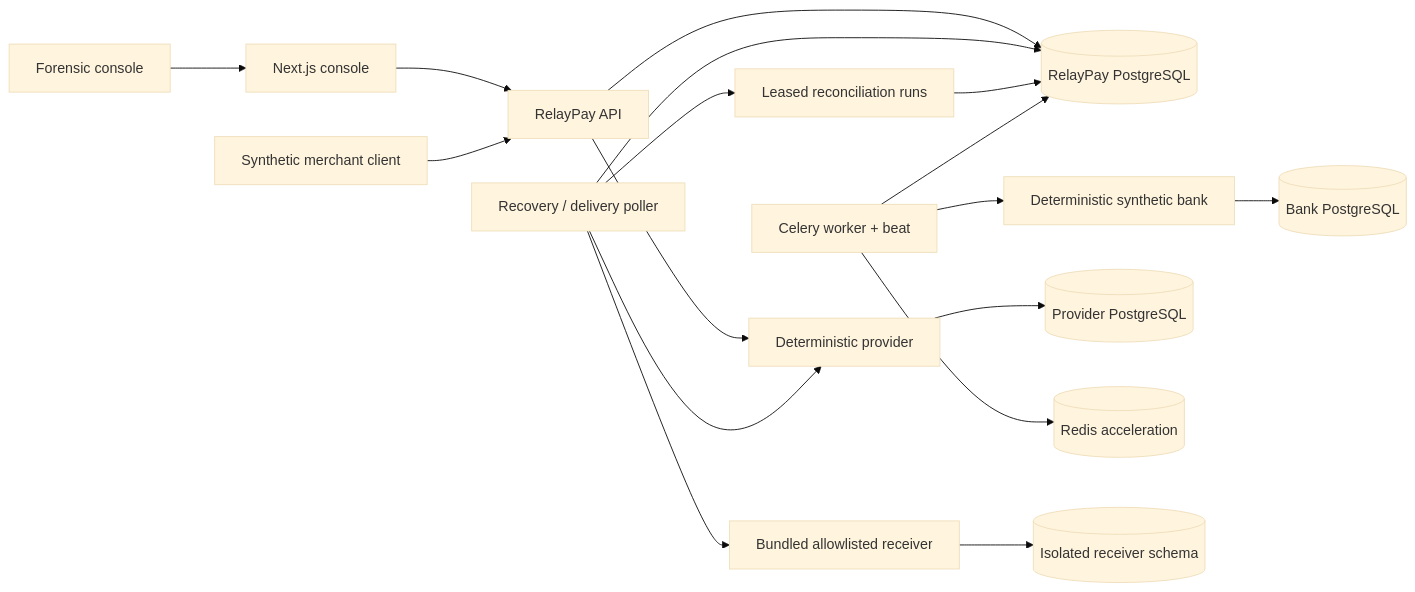
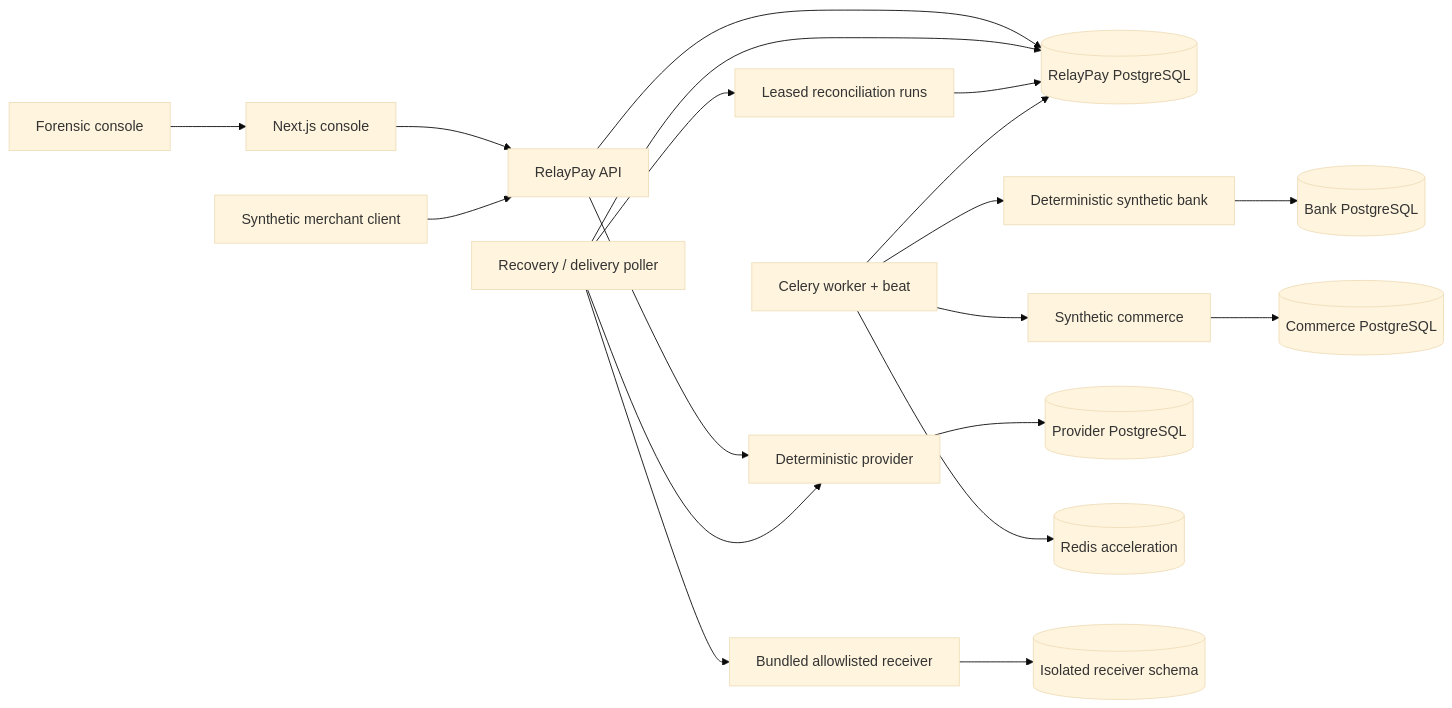
One commit to marsh15/relaypay changed the diagram in README.md. Above: the diagram before and after it, drawn with Mermaid (base theme). The commit also changed other lines of this file and 48 other files, not shown here.

````diff
--- a/README.md
+++ b/README.md
@@ -92,19 +98,21 @@
 ```mermaid
 flowchart LR
     Browser["Forensic console"] --> Console["Next.js console"]
     Console --> API["RelayPay API"]
     Merchant["Synthetic merchant client"] --> API
     API --> RelayDB[("RelayPay PostgreSQL")]
     API --> Provider["Deterministic provider"]
     Worker --> Bank["Deterministic synthetic bank"]
     Bank --> BankDB[("Bank PostgreSQL")]
+    Worker --> Commerce["Synthetic commerce"]
+    Commerce --> CommerceDB[("Commerce PostgreSQL")]
     Provider --> ProviderDB[("Provider PostgreSQL")]
     Poller["Recovery / delivery poller"] --> RelayDB
     Poller --> Reconcile["Leased reconciliation runs"]
     Reconcile --> RelayDB
     Poller --> Provider
     Poller --> Receiver["Bundled allowlisted receiver"]
     Worker["Celery worker + beat"] --> Redis[("Redis acceleration")]
     Worker --> RelayDB
     Receiver --> ReceiverSchema[("Isolated receiver schema")]
 ```
````
